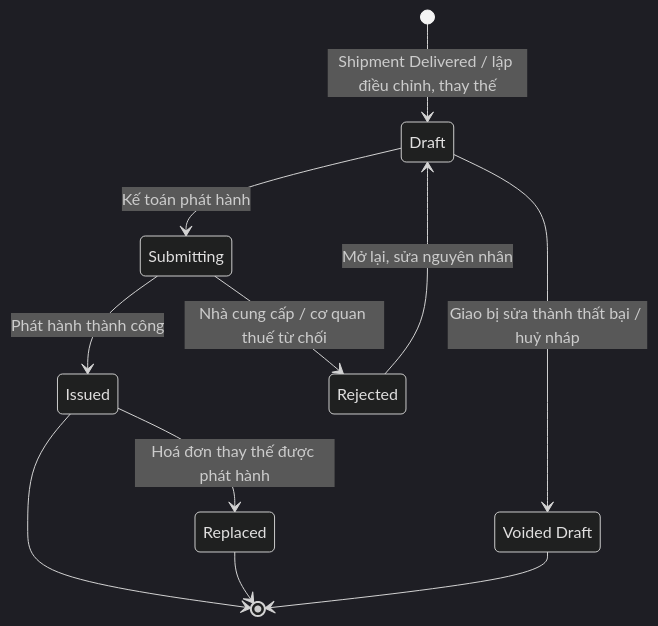
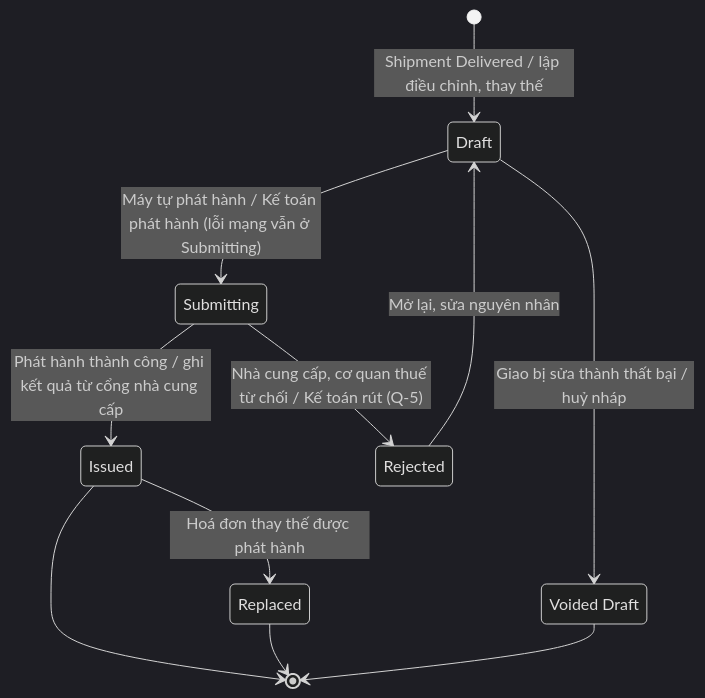
One commit to KLTN-FA26/docs changed diagram 18 of 18 in docs/diagrams/README.md. Above: the diagram before and after it, drawn with Mermaid (dark theme). The commit also changed other lines of this file and 13 other files, not shown here.

````diff
--- a/docs/diagrams/README.md
+++ b/docs/diagrams/README.md
@@ -770,14 +797,14 @@
 ```mermaid
 stateDiagram-v2
     [*] --> Draft: Shipment Delivered / lập điều chỉnh, thay thế
-    Draft --> Submitting: Kế toán phát hành
+    Draft --> Submitting: Máy tự phát hành / Kế toán phát hành (lỗi mạng vẫn ở Submitting)
     state "Voided Draft" as VoidedDraft
     Draft --> VoidedDraft: Giao bị sửa thành thất bại / huỷ nháp
-    Submitting --> Issued: Phát hành thành công
-    Submitting --> Rejected: Nhà cung cấp / cơ quan thuế từ chối
+    Submitting --> Issued: Phát hành thành công / ghi kết quả từ cổng nhà cung cấp
+    Submitting --> Rejected: Nhà cung cấp, cơ quan thuế từ chối / Kế toán rút (Q-5)
     Rejected --> Draft: Mở lại, sửa nguyên nhân
     Issued --> Replaced: Hoá đơn thay thế được phát hành
     Issued --> [*]
     Replaced --> [*]
     VoidedDraft --> [*]
 ```
````
